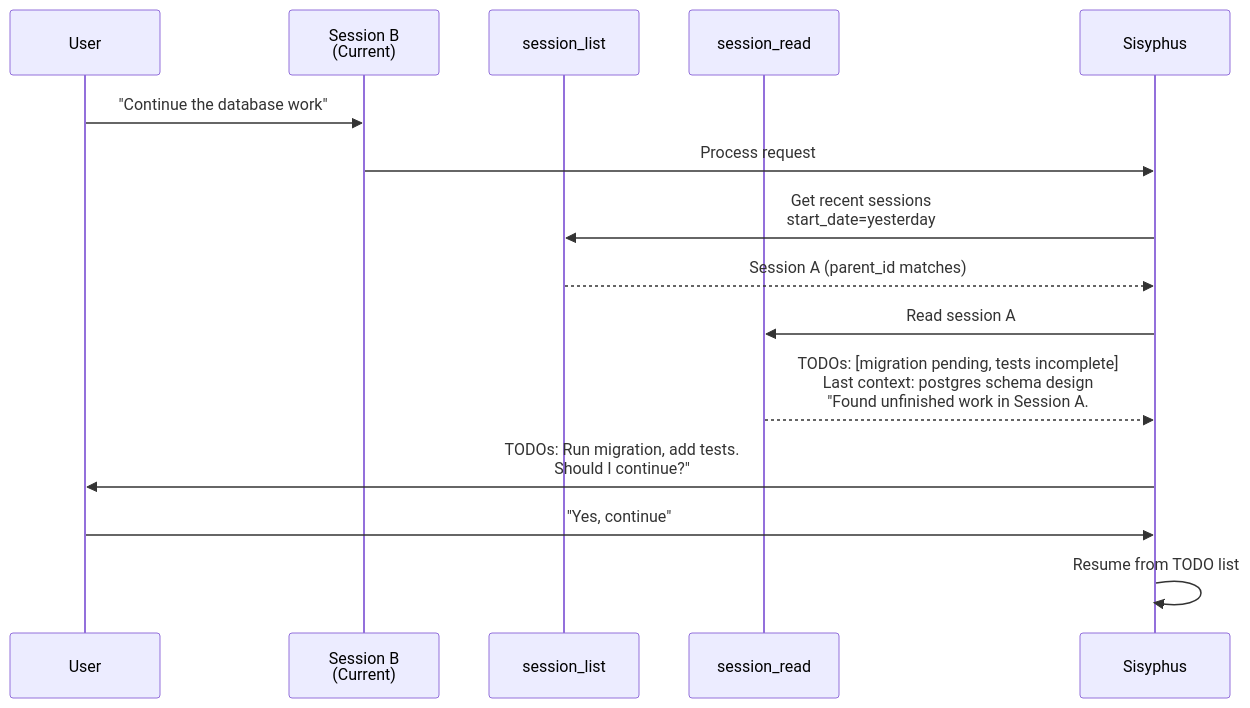
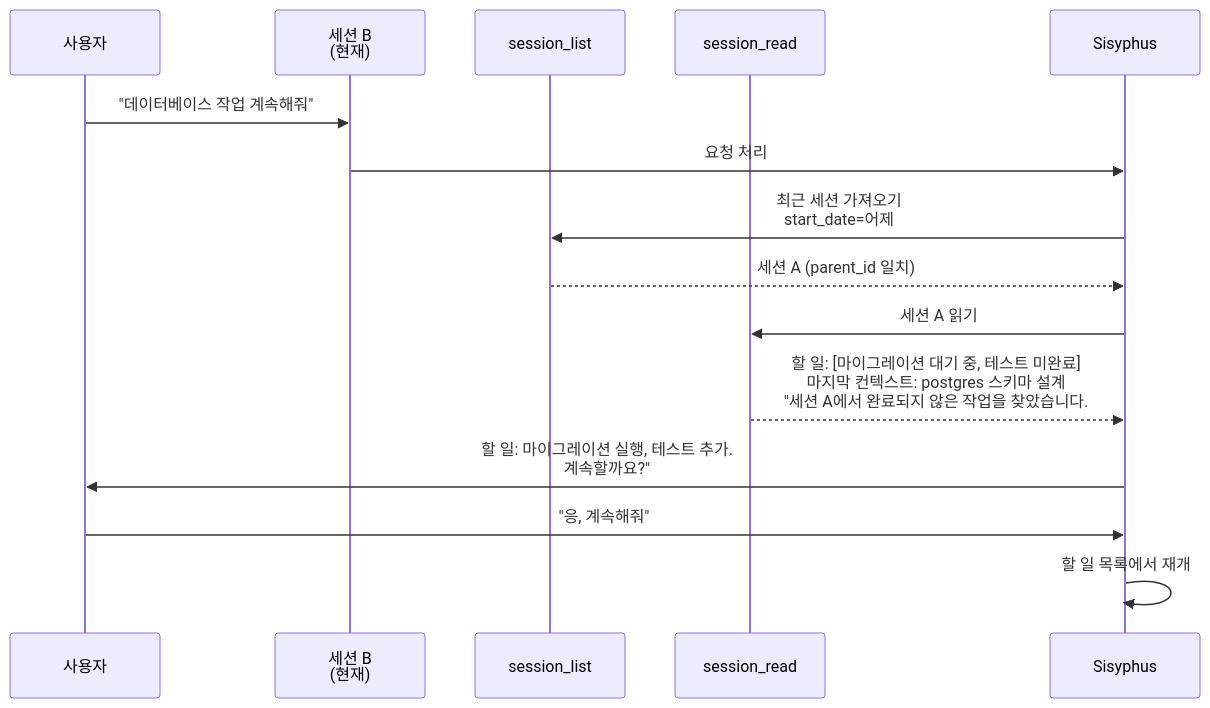
One commit to felipetruman/oh-my-opencode-docs changed the fifth of 8 diagrams in docs/tools/session-management-tools.md. Above: the diagram before and after it, drawn with Mermaid. The commit also changed other lines of this file and 76 other files, not shown here.

````diff
--- a/docs/tools/session-management-tools.md
+++ b/docs/tools/session-management-tools.md
@@ -513,18 +511,18 @@
 ```mermaid
 sequenceDiagram
-  participant p1 as User
-  participant p2 as Session B<br/>(Current)
+  participant p1 as 사용자
+  participant p2 as 세션 B<br/>(현재)
   participant p3 as session_list
   participant p4 as session_read
   participant p5 as Sisyphus
 
-  p1->>p2: "Continue the database work"
-  p2->>p5: Process request
-  p5->>p3: Get recent sessions<br/>start_date=yesterday
-  p3-->>p5: Session A (parent_id matches)
-  p5->>p4: Read session A
-  p4-->>p5: TODOs: [migration pending, tests incomplete]<br/>Last context: postgres schema design<br/>"Found unfinished work in Session A.
-  p5->>p1: TODOs: Run migration, add tests.<br/>Should I continue?"
-  p1->>p5: "Yes, continue"
-  p5->>p5: Resume from TODO list
+  p1->>p2: "데이터베이스 작업 계속해줘"
+  p2->>p5: 요청 처리
+  p5->>p3: 최근 세션 가져오기<br/>start_date=어제
+  p3-->>p5: 세션 A (parent_id 일치)
+  p5->>p4: 세션 A 읽기
+  p4-->>p5: 할 일: [마이그레이션 대기 중, 테스트 미완료]<br/>마지막 컨텍스트: postgres 스키마 설계<br/>"세션 A에서 완료되지 않은 작업을 찾았습니다.
+  p5->>p1: 할 일: 마이그레이션 실행, 테스트 추가.<br/>계속할까요?"
+  p1->>p5: "응, 계속해줘"
+  p5->>p5: 할 일 목록에서 재개
 ```
````
